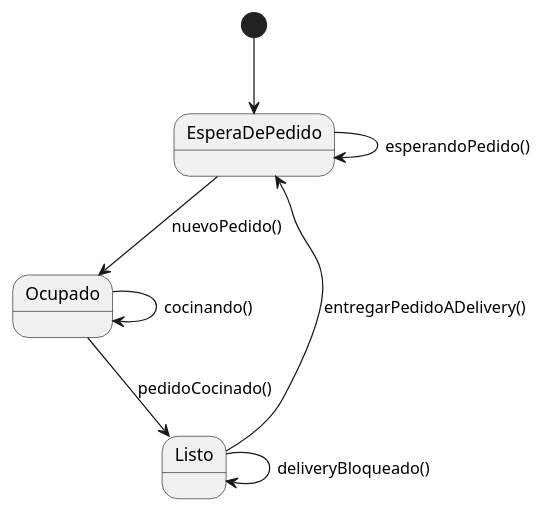
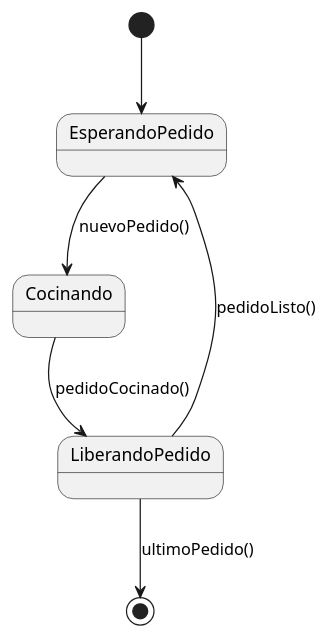
Before and after one commit to franciscolmos/PC-Ejercicios: the diagram in Delivery/UML/cocinero.puml, drawn with PlantUML. The commit also changed 3 other files, not shown here.

Commit message:
Se crea la nueva version de delivery y se cambian los diagramas de estado

```diff
--- a/Delivery/UML/cocinero.puml
+++ b/Delivery/UML/cocinero.puml
@@ -1,9 +1,7 @@
 @startuml Cocinero
-    [*] --> EsperaDePedido
-    EsperaDePedido --> EsperaDePedido : esperandoPedido()
-    EsperaDePedido --> Ocupado : nuevoPedido()
-    Ocupado --> Ocupado : cocinando()
-    Ocupado --> Listo : pedidoCocinado()
-    Listo --> Listo : deliveryBloqueado()
-    Listo --> EsperaDePedido: entregarPedidoADelivery()
+    [*] --> EsperandoPedido
+    EsperandoPedido --> Cocinando : nuevoPedido()
+    Cocinando --> LiberandoPedido : pedidoCocinado()
+    LiberandoPedido --> EsperandoPedido : pedidoListo()
+    LiberandoPedido --> [*] : ultimoPedido()
 @enduml
```
